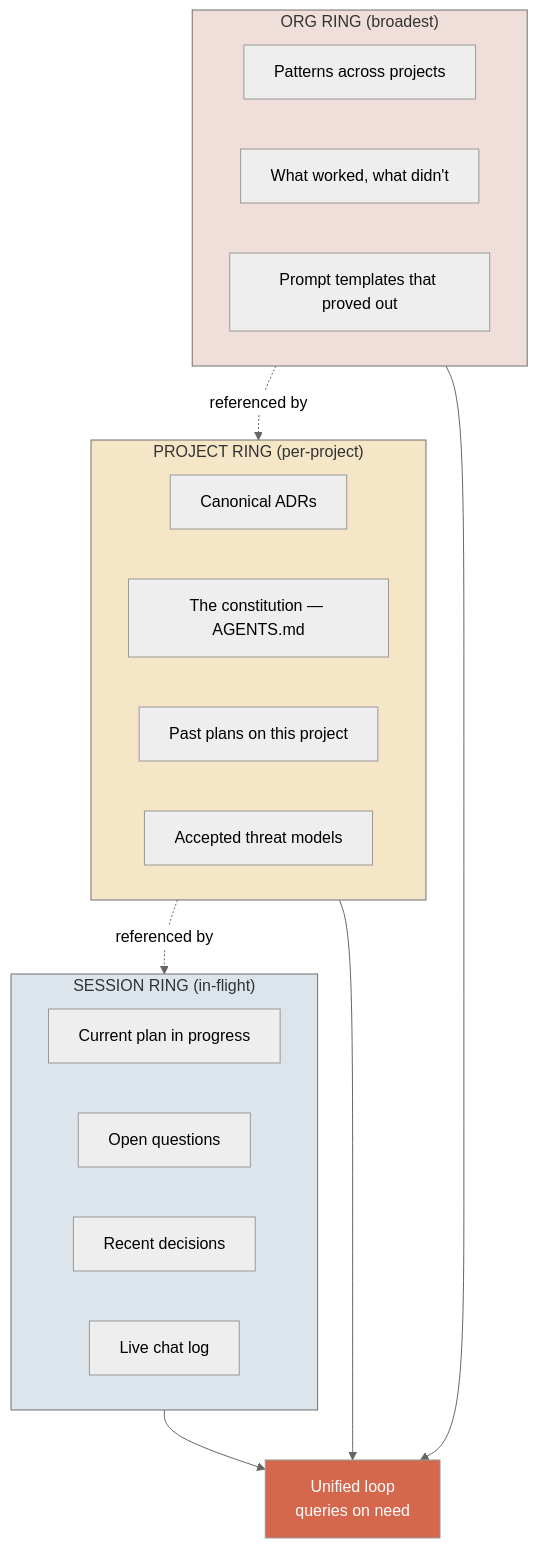
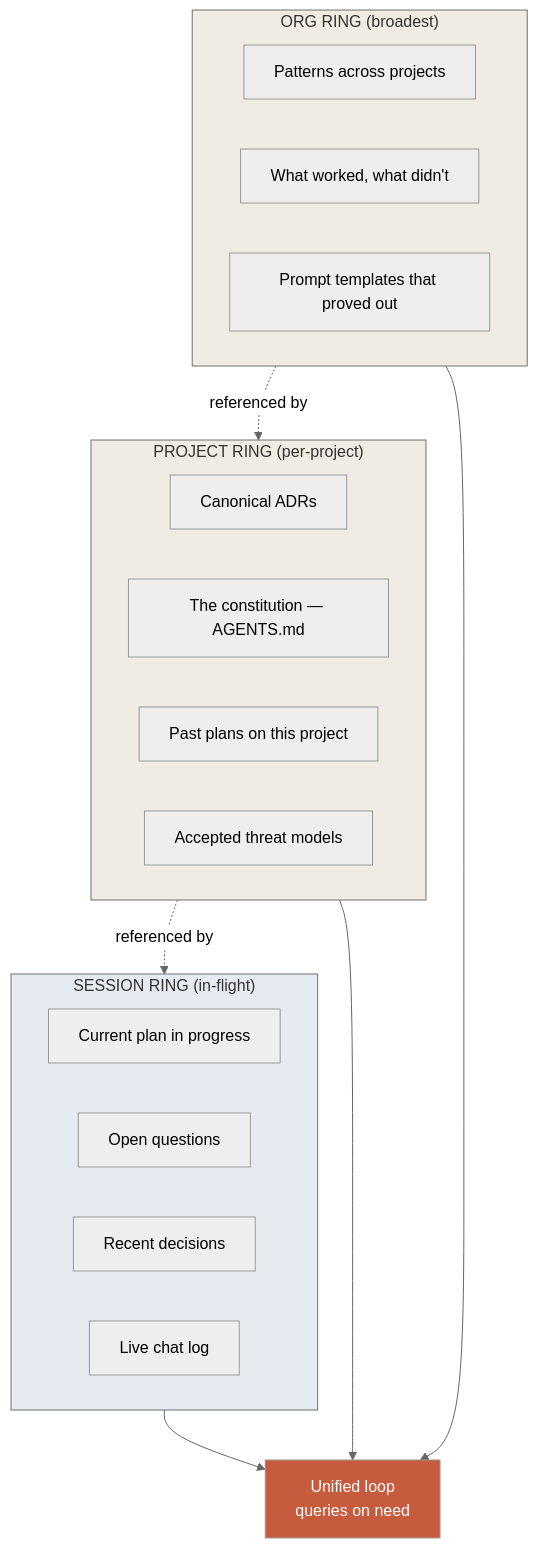
Diagram 15 of 17 in METHOD.md (nlawstudio/ai-refinement-method), drawn with Mermaid (neutral theme) before and after one commit. The commit also changed other lines of this file and 4 other files, not shown here.

````diff
--- a/METHOD.md
+++ b/METHOD.md
@@ -841,34 +841,34 @@
 ```mermaid
 flowchart TB
     subgraph Org["ORG RING (broadest)"]
         O1[Patterns across projects]
         O2[What worked, what didn't]
         O3[Prompt templates that proved out]
     end
 
     subgraph Project["PROJECT RING (per-project)"]
         P1[Canonical ADRs]
         P2[The constitution — AGENTS.md]
         P3[Past plans on this project]
         P4[Accepted threat models]
     end
 
     subgraph Session["SESSION RING (in-flight)"]
         S1[Current plan in progress]
         S2[Open questions]
         S3[Recent decisions]
         S4[Live chat log]
     end
 
     Org -.referenced by.-> Project
     Project -.referenced by.-> Session
 
     Session --> Loop[Unified loop<br/>queries on need]
     Project --> Loop
     Org --> Loop
 
-    style Loop fill:#D5674C,color:#fff
-    style Org fill:#EFDED9
-    style Project fill:#F4E6C6
-    style Session fill:#DCE4EC
+    style Loop fill:#C75B3D,color:#fff
+    style Org fill:#F0ECE4
+    style Project fill:#F0ECE4
+    style Session fill:#E6EAF1
 ```
````
